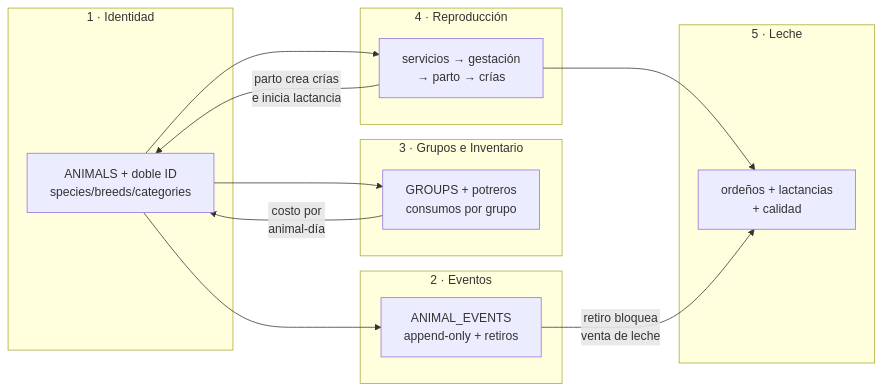
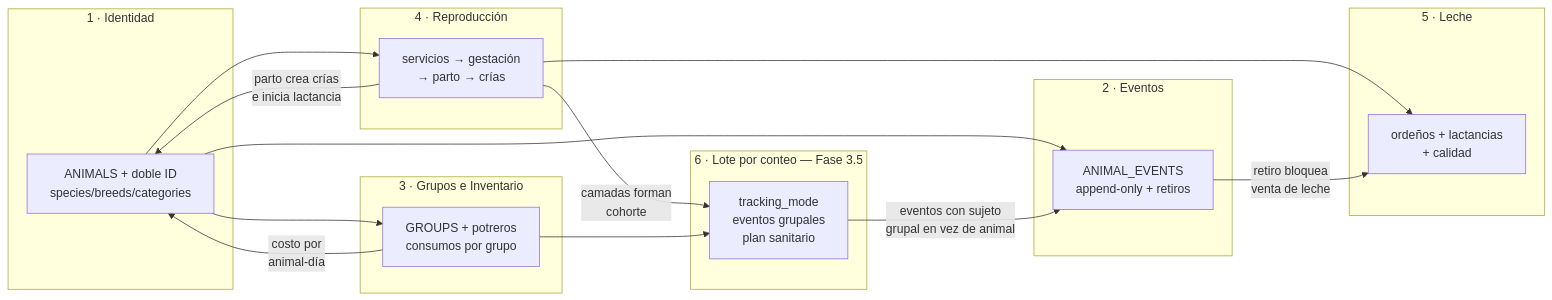
The first of 8 diagrams in docs/DATA-MODEL.md (JosephBano/erp-hacienda), drawn with Mermaid before and after one commit. The commit also changed other lines of this file and 313 other files, not shown here.

````diff
--- a/docs/DATA-MODEL.md
+++ b/docs/DATA-MODEL.md
@@ -17,25 +21,31 @@
 ```mermaid
 flowchart LR
     subgraph N1[1 · Identidad]
         A[ANIMALS + doble ID<br/>species/breeds/categories]
     end
     subgraph N2[2 · Eventos]
         E[ANIMAL_EVENTS<br/>append-only + retiros]
     end
     subgraph N3[3 · Grupos e Inventario]
         G[GROUPS + potreros<br/>consumos por grupo]
     end
     subgraph N4[4 · Reproducción]
         R[servicios → gestación<br/>→ parto → crías]
     end
     subgraph N5[5 · Leche]
         M[ordeños + lactancias<br/>+ calidad]
     end
+    subgraph N6[6 · Lote por conteo — Fase 3.5]
+        L[tracking_mode<br/>eventos grupales<br/>plan sanitario]
+    end
     A --> E
     A --> G
     A --> R
     R -->|parto crea crías<br/>e inicia lactancia| A
     R --> M
     E -->|retiro bloquea<br/>venta de leche| M
     G -->|costo por<br/>animal-día| A
+    R -->|camadas forman<br/>cohorte| L
+    G --> L
+    L -->|eventos con sujeto<br/>grupal en vez de animal| E
 ```
````
